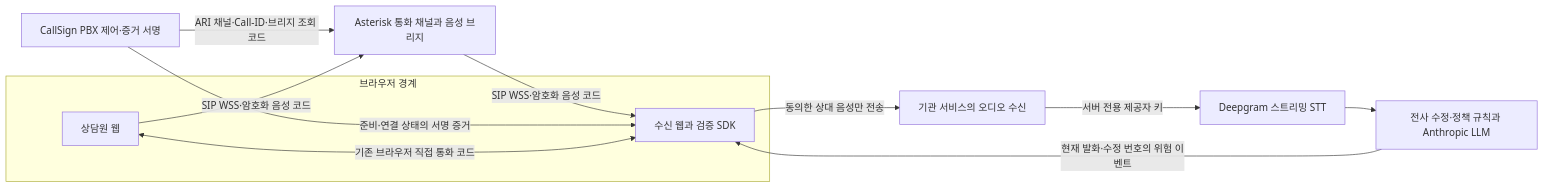
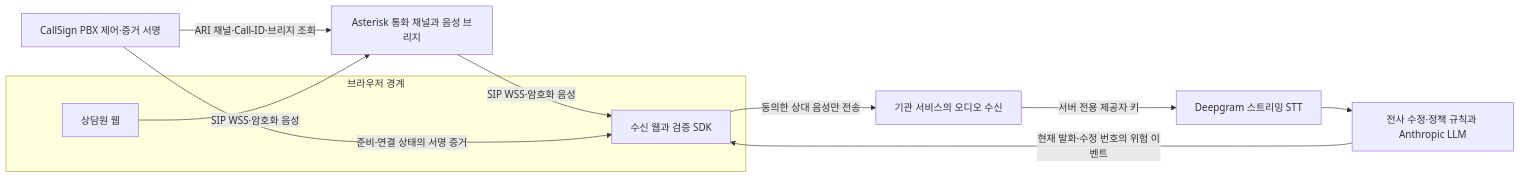
Before and after one commit to 0u-Y/CallSign: the diagram in docs/guide/02-ARCHITECTURE.md, drawn with Mermaid. The commit also changed other lines of this file and 13 other files, not shown here.

Commit message:
Align architecture and validation guidance with preserved evidence

````diff
--- a/docs/guide/02-ARCHITECTURE.md
+++ b/docs/guide/02-ARCHITECTURE.md
@@ -25,21 +21,20 @@
 ```mermaid
 flowchart LR
   subgraph clients[브라우저 경계]
     AG[상담원 웹]
     RE[수신 웹과 검증 SDK]
   end
   AST[Asterisk 통화 채널과 음성 브리지]
   CTRL[CallSign PBX 제어·증거 서명]
   API[기관 서비스의 오디오 수신]
   STT[Deepgram 스트리밍 STT]
   ANA[전사 수정·정책 규칙과 Anthropic LLM]
-  AG -->|SIP WSS·암호화 음성 코드| AST
-  AST -->|SIP WSS·암호화 음성 코드| RE
-  CTRL -->|ARI 채널·Call-ID·브리지 조회 코드| AST
+  AG -->|SIP WSS·암호화 음성| AST
+  AST -->|SIP WSS·암호화 음성| RE
+  CTRL -->|ARI 채널·Call-ID·브리지 조회| AST
   CTRL -->|준비·연결 상태의 서명 증거| RE
-  AG <-->|기존 브라우저 직접 통화 코드| RE
   RE -->|동의한 상대 음성만 전송| API
   API -->|서버 전용 제공자 키| STT
   STT --> ANA
   ANA -->|현재 발화·수정 번호의 위험 이벤트| RE
 ```
````
